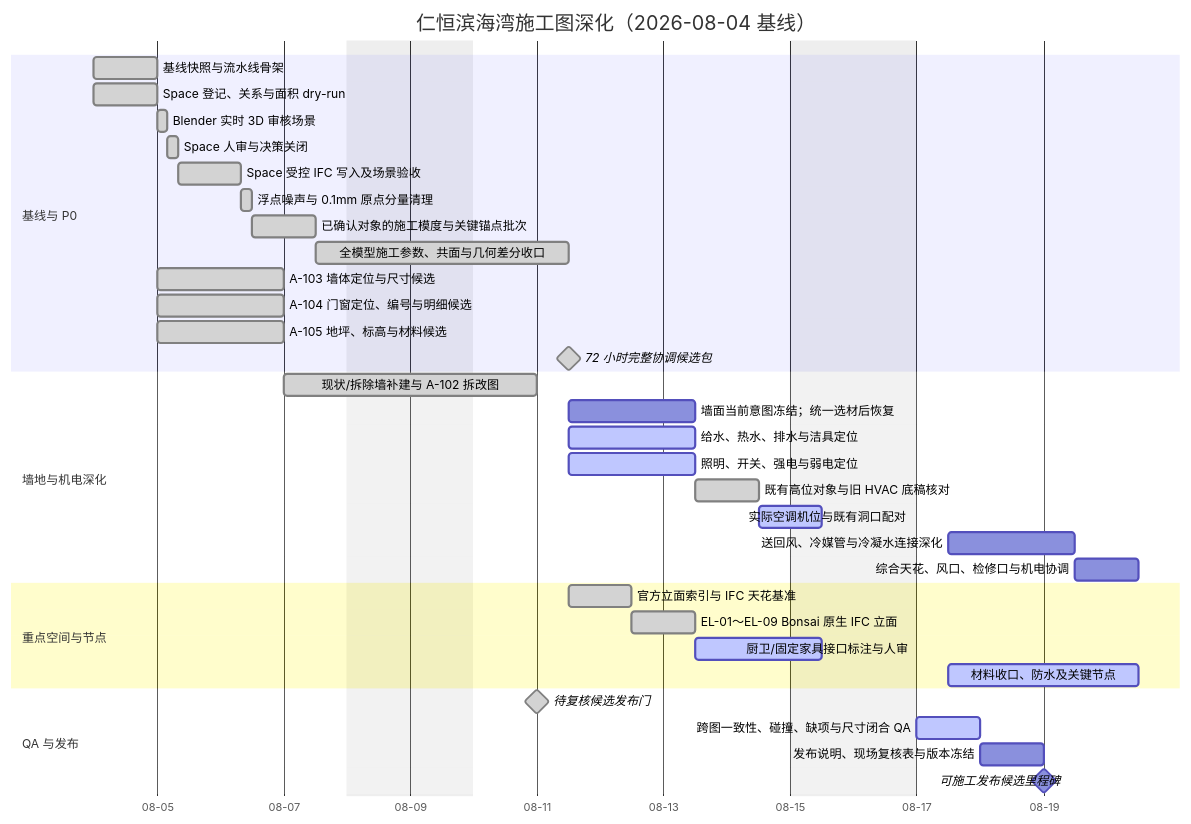
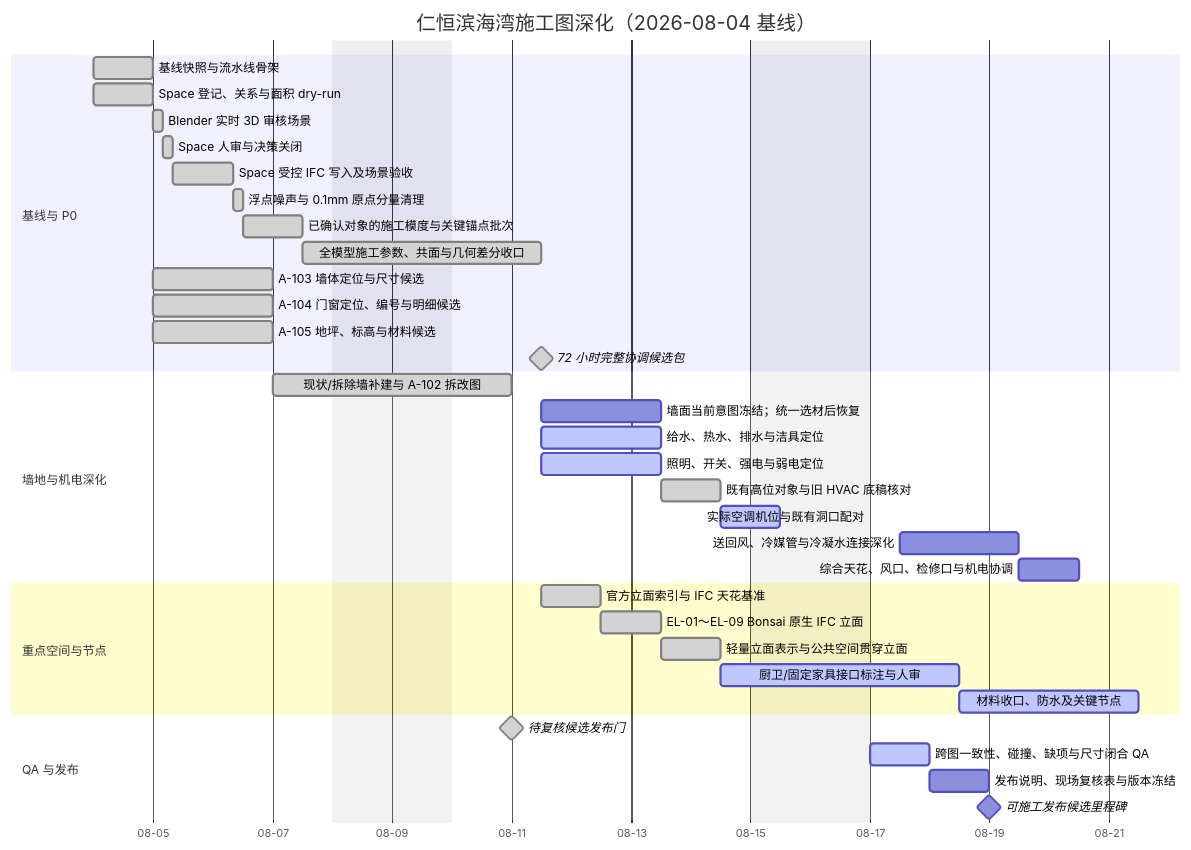
One commit to Weihan96/2504-GBTB-Yanlord-Zhuhai changed the diagram in drawings/滨海湾装修施工图深化工作管理.md. Above: the diagram before and after it, drawn with Mermaid. The commit also changed other lines of this file and 83 other files, not shown here.

First line of the commit message:
补齐轻量立面并加入客餐厨贯穿视图

````diff
--- a/drawings/滨海湾装修施工图深化工作管理.md
+++ b/drawings/滨海湾装修施工图深化工作管理.md
@@ -78,43 +78,44 @@
 ```mermaid
 gantt
     title 仁恒滨海湾施工图深化（2026-08-04 基线）
     dateFormat  YYYY-MM-DD
     axisFormat  %m-%d
     excludes    weekends
 
     section 基线与 P0
     基线快照与流水线骨架                 :done, M000, 2026-08-04, 1d
     Space 登记、关系与面积 dry-run       :done, S001, 2026-08-04, 1d
     Blender 实时 3D 审核场景              :done, S002A, after S001, 4h
     Space 人审与决策关闭                 :done, S002, after S002A, 4h
     Space 受控 IFC 写入及场景验收         :done, S003, after S002, 1d
     浮点噪声与 0.1mm 原点分量清理          :done, C001, after S003, 4h
     已确认对象的施工模度与关键锚点批次       :done, C002, after C001, 1d
     全模型施工参数、共面与几何差分收口       :done, C003, after C002, 2d
     A-103 墙体定位与尺寸候选              :done, A103, after S001, 2d
     A-104 门窗定位、编号与明细候选         :done, A104, after S001, 2d
     A-105 地坪、标高与材料候选             :done, A105, after S001, 2d
     72 小时完整协调候选包                 :milestone, done, M072, after C003 A103 A104 A105, 0d
 
     section 墙地与机电深化
     现状/拆除墙补建与 A-102 拆改图         :done, A102, after A103, 2d
     墙面当前意图冻结；统一选材后恢复         :WFIN, after M072, 2d
     给水、热水、排水与洁具定位             :active, PLUM, after M072, 2d
     照明、开关、强电与弱电定位             :active, ELEC, after M072, 2d
     既有高位对象与旧 HVAC 底稿核对          :done, RCP1A, after ELEC, 1d
     实际空调机位与既有洞口配对              :active, RCP1B, after RCP1A, 1d
     送回风、冷媒管与冷凝水连接深化           :RCP1C, after RCP1B, 2d
     综合天花、风口、检修口与机电协调        :RCP1, after RCP1C, 1d
 
     section 重点空间与节点
     官方立面索引与 IFC 天花基准             :done, INT1A, after M072, 1d
     EL-01～EL-09 Bonsai 原生 IFC 立面       :done, INT1B, after INT1A, 1d
-    厨卫/固定家具接口标注与人审             :active, INT1C, after INT1B, 2d
+    轻量立面表示与公共空间贯穿立面            :done, INT1B2, after INT1B, 1d
+    厨卫/固定家具接口标注与人审             :active, INT1C, after INT1B2, 2d
     材料收口、防水及关键节点               :active, DET1, after INT1C, 3d
 
     section QA 与发布
     待复核候选发布门                       :milestone, done, MREV, 2026-08-11, 0d
     跨图一致性、碰撞、缺项与尺寸闭合 QA     :active, QA01, 2026-08-17, 1d
     发布说明、现场复核表与版本冻结           :REL1, 2026-08-18, 1d
     可施工发布候选里程碑                   :milestone, MREL, 2026-08-19, 0d
 ```
````
